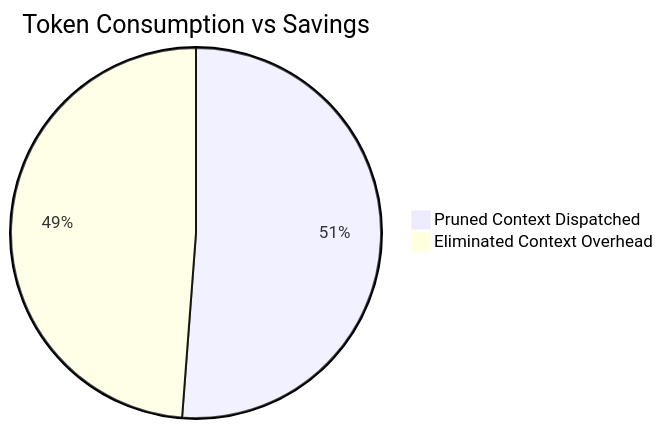
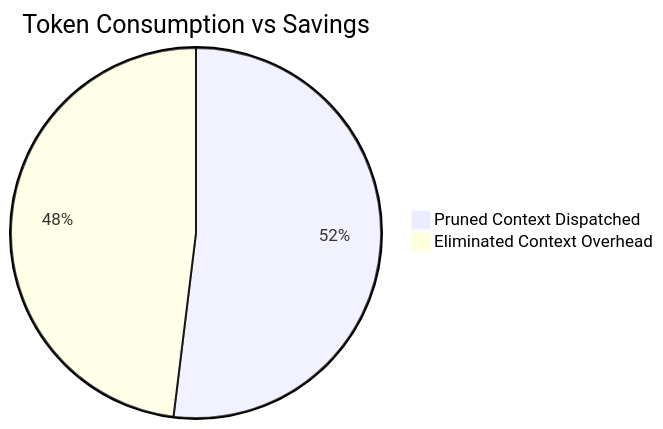
One commit to lakhwindersingh/nb_fairyfly changed the diagram in workplace/docs/reports/token_savings_report.md. Above: the diagram before and after it, drawn with Mermaid. The commit also changed other lines of this file and 120 other files, not shown here.

````diff
--- a/workplace/docs/reports/token_savings_report.md
+++ b/workplace/docs/reports/token_savings_report.md
@@ -26,5 +26,5 @@
 ```mermaid
 pie title Token Consumption vs Savings
-    "Pruned Context Dispatched" : 211059
-    "Eliminated Context Overhead" : 201193
+    "Pruned Context Dispatched" : 405037
+    "Eliminated Context Overhead" : 374798
 ```
````
